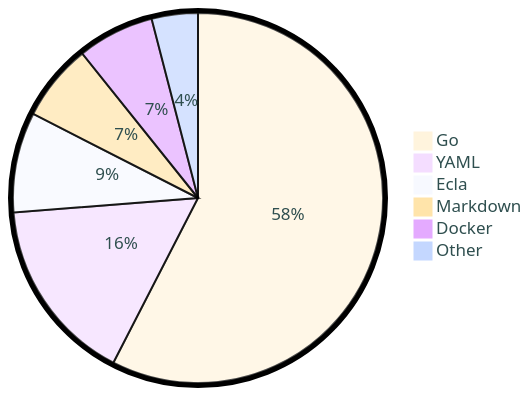
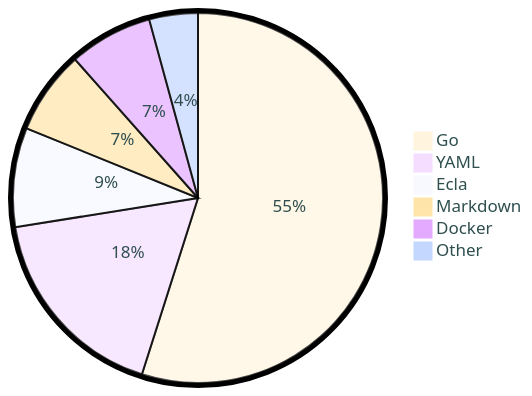
The diagram in README.md (tot0p/tot0p), drawn with Mermaid before and after one commit. The commit also changed other lines of this file, not shown here.

````diff
--- a/README.md
+++ b/README.md
@@ -81,10 +80,10 @@
 ```mermaid
 %%{init: {"pie": {"textPosition": 0.5}, "themeVariables": {"pieOuterStrokeWidth": "5px","primaryTextColor" : "#2F4F4F"},"theme":"base"} }%%
 pie
-	"Go": 57.55
-	"YAML": 16.19
-	"Ecla": 8.76
-	"Markdown": 6.74
-	"Docker": 6.72
-	"Other": 4.029999999999999
+	"Go": 54.9
+	"YAML": 17.58
+	"Ecla": 8.66
+	"Markdown": 7.31
+	"Docker": 7.3
+	"Other": 4.25
 ```
````
